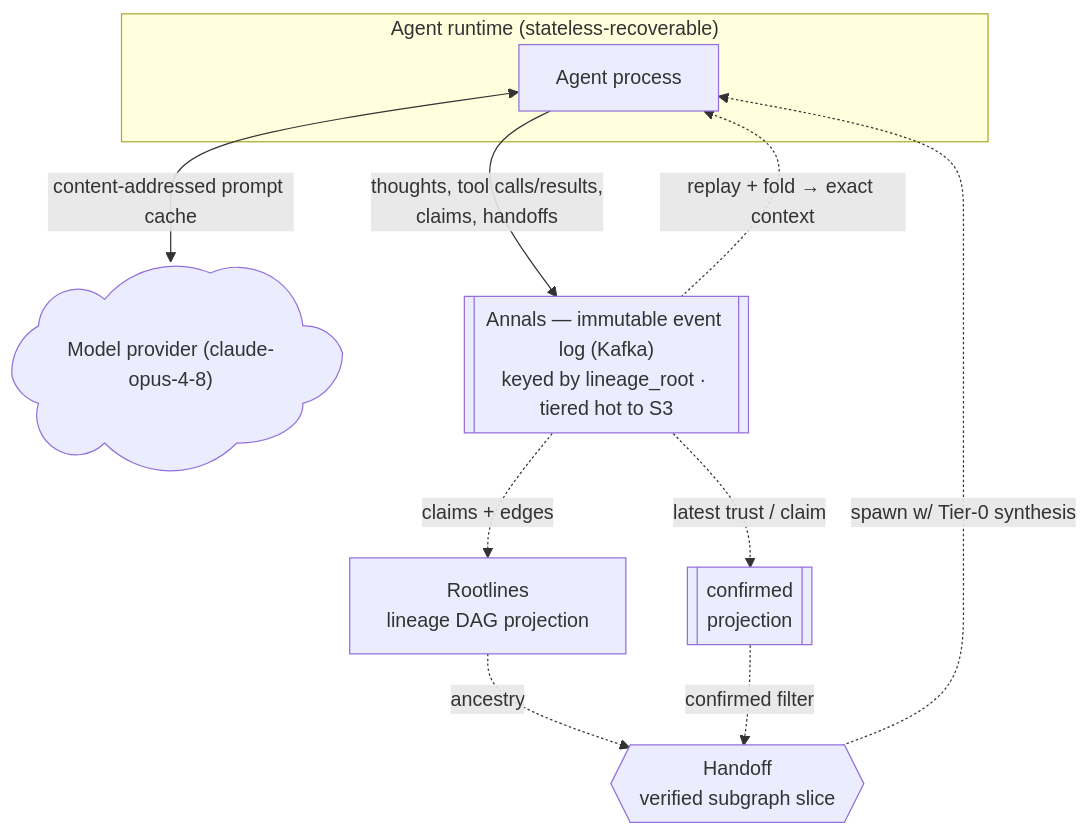
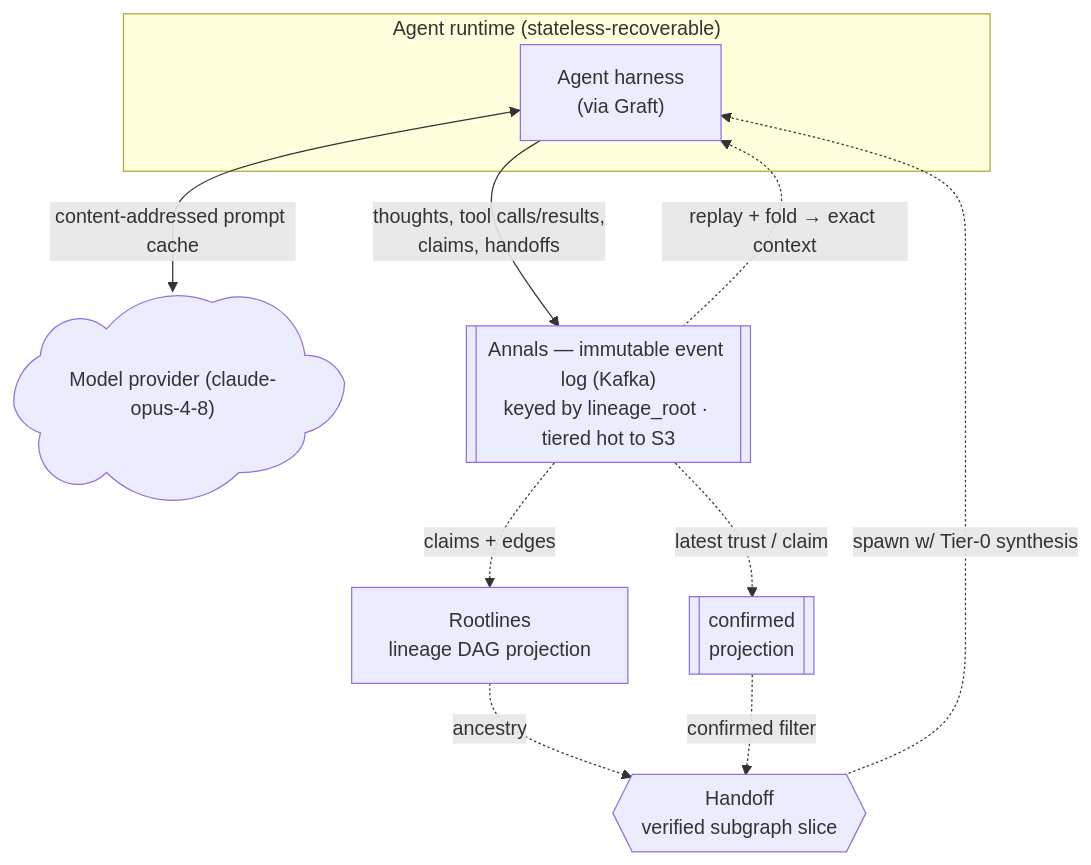
Before and after one commit to bitcomplete/wolfgang: the first of 3 diagrams in knowledge/ARCHITECTURE.md, drawn with Mermaid. The commit also changed other lines of this file and 5 other files, not shown here.

First line of the commit message:
Add Graft: harness-agnostic adapter layer

````diff
--- a/knowledge/ARCHITECTURE.md
+++ b/knowledge/ARCHITECTURE.md
@@ -39,18 +40,18 @@
 ```mermaid
 flowchart TB
   LLM@{ shape: cloud, label: "Model provider (claude-opus-4-8)" }
   subgraph RT["Agent runtime (stateless-recoverable)"]
-    AGENT["Agent process"]
+    AGENT["Agent harness<br/>(via Graft)"]
   end
   AGENT <-->|"content-addressed prompt cache"| LLM
 
   ANNALS[["Annals — immutable event log (Kafka)<br/>keyed by lineage_root · tiered hot to S3"]]
   AGENT -->|"thoughts, tool calls/results,<br/>claims, handoffs"| ANNALS
   ANNALS -.->|"replay + fold → exact context"| AGENT
   ANNALS -.->|"claims + edges"| ROOT["Rootlines<br/>lineage DAG projection"]
 
   ANNALS -.->|"latest trust / claim"| CONF[["confirmed<br/>projection"]]
   ROOT -.->|"ancestry"| HANDOFF{{"Handoff<br/>verified subgraph slice"}}
   CONF -.->|"confirmed filter"| HANDOFF
   HANDOFF -.->|"spawn w/ Tier-0 synthesis"| AGENT
 ```
````
